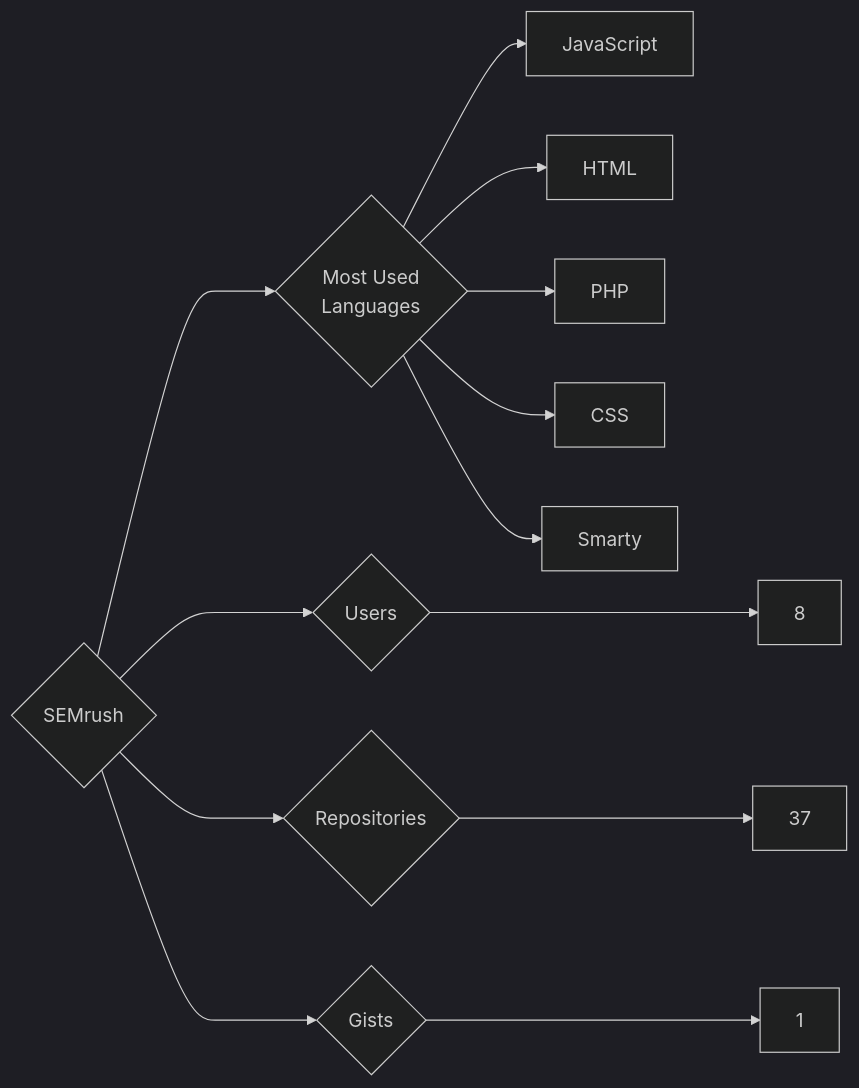
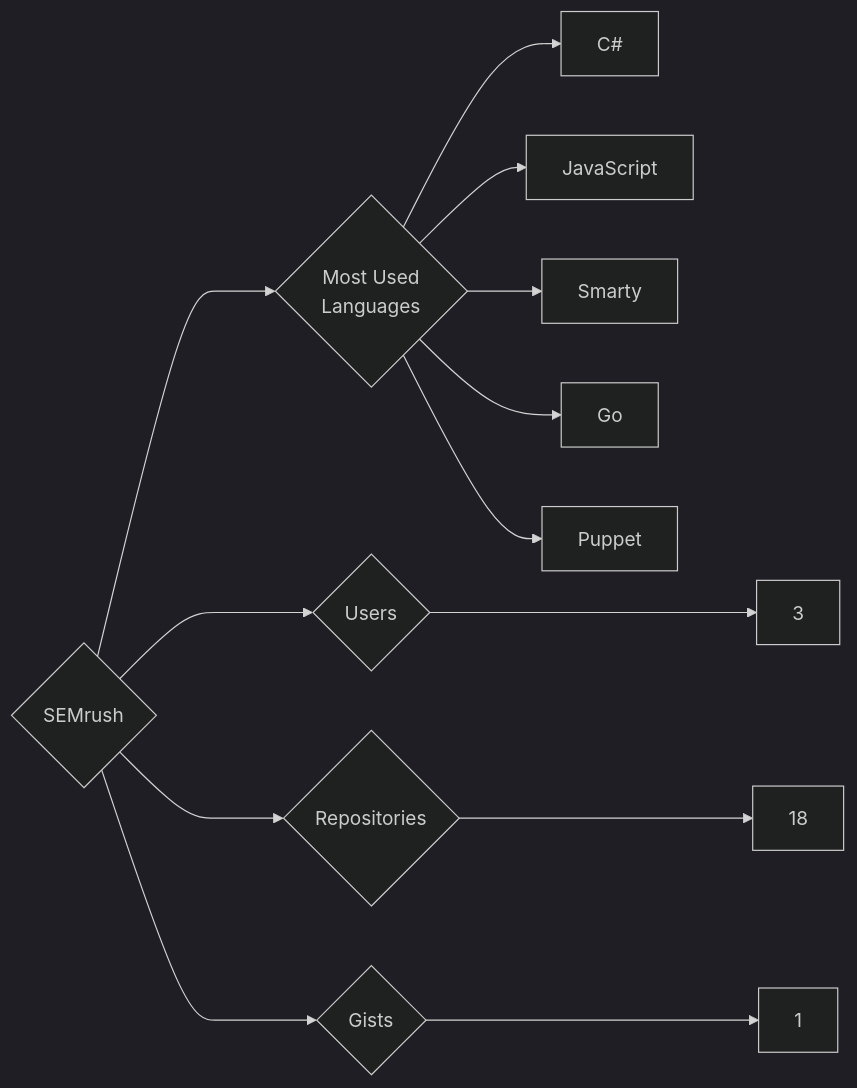
The diagram in targets/SEMrush/README.md (trickest/insiders), drawn with Mermaid (dark theme) before and after one commit. The commit also changed 787 other files, not shown here.

````diff
--- a/targets/SEMrush/README.md
+++ b/targets/SEMrush/README.md
@@ -3,13 +3,13 @@
 ```mermaid
 graph LR
 COMPANY_NAME{SEMrush}
-COMPANY_NAME ---> U{Users} ---> UN[8]
-COMPANY_NAME ---> R{Repositories} ---> RN[37]
+COMPANY_NAME ---> U{Users} ---> UN[3]
+COMPANY_NAME ---> R{Repositories} ---> RN[18]
 COMPANY_NAME ---> G{Gists} ---> GN[1]
 COMPANY_NAME ---> ML{Most Used<br>Languages}
+ML --> C#[C#]
 ML --> JavaScript[JavaScript]
-ML --> HTML[HTML]
-ML --> PHP[PHP]
-ML --> CSS[CSS]
 ML --> Smarty[Smarty]
+ML --> Go[Go]
+ML --> Puppet[Puppet]
 ```
````
